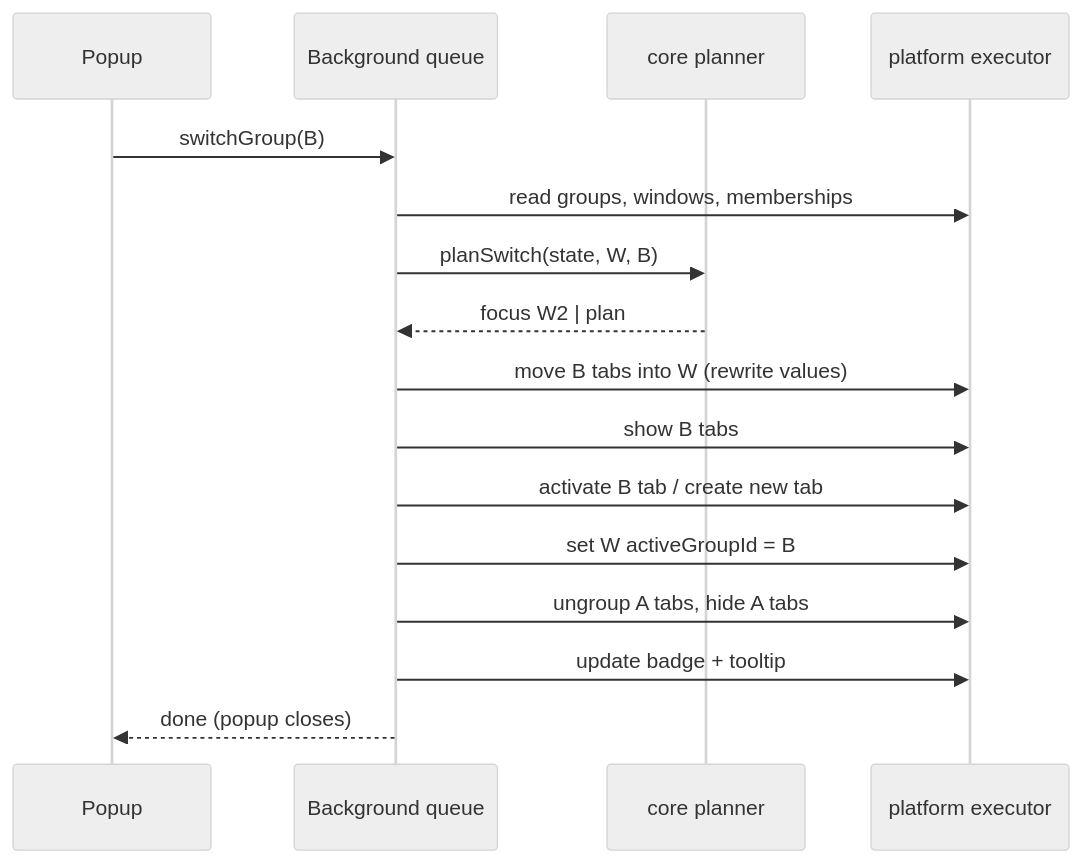
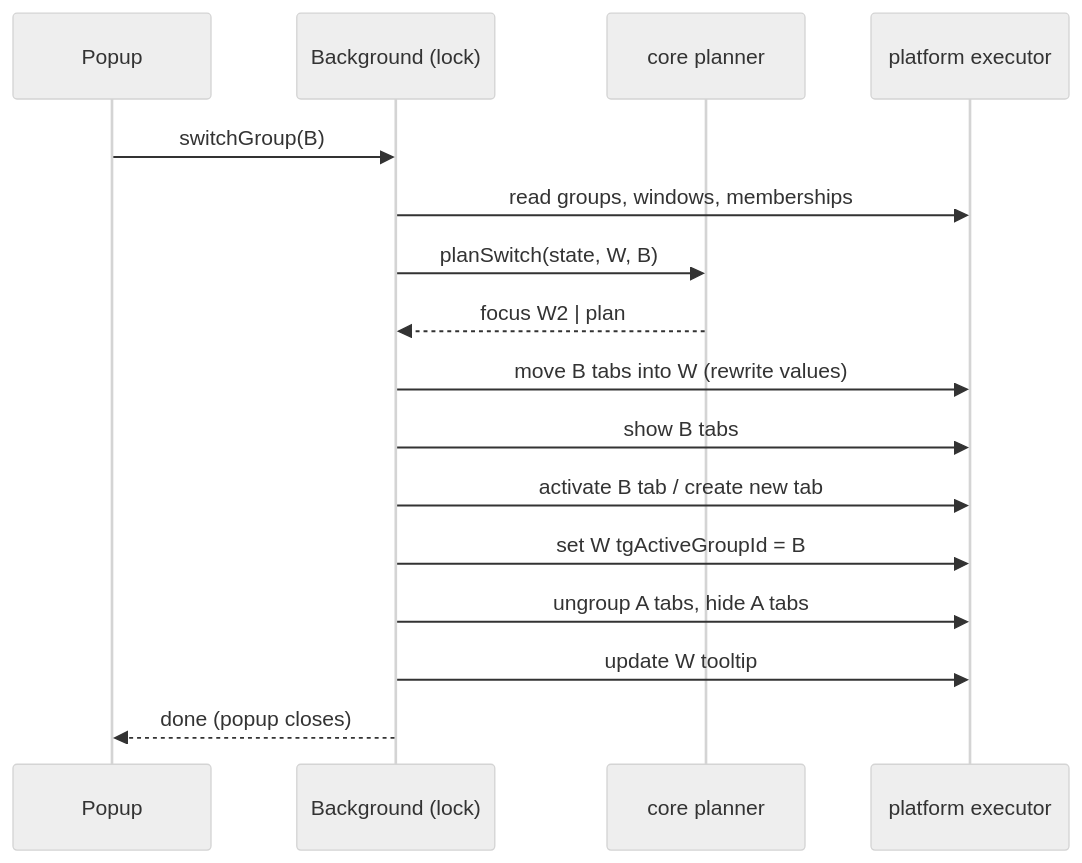
The diagram in docs/specs/spec-group-core.md (vaxul/firefox-add-on-tab-groups), drawn with Mermaid (neutral theme) before and after one commit. The commit also changed other lines of this file and 5 other files, not shown here.

````diff
--- a/docs/specs/spec-group-core.md
+++ b/docs/specs/spec-group-core.md
@@ -175,18 +186,18 @@
 ```mermaid
 sequenceDiagram
   participant P as Popup
-  participant Q as Background queue
+  participant Q as Background (lock)
   participant C as core planner
   participant X as platform executor
   P->>Q: switchGroup(B)
   Q->>X: read groups, windows, memberships
   Q->>C: planSwitch(state, W, B)
   C-->>Q: focus W2 | plan
   Q->>X: move B tabs into W (rewrite values)
   Q->>X: show B tabs
   Q->>X: activate B tab / create new tab
-  Q->>X: set W activeGroupId = B
+  Q->>X: set W tgActiveGroupId = B
   Q->>X: ungroup A tabs, hide A tabs
-  Q->>X: update badge + tooltip
+  Q->>X: update W tooltip
   Q-->>P: done (popup closes)
 ```
````
